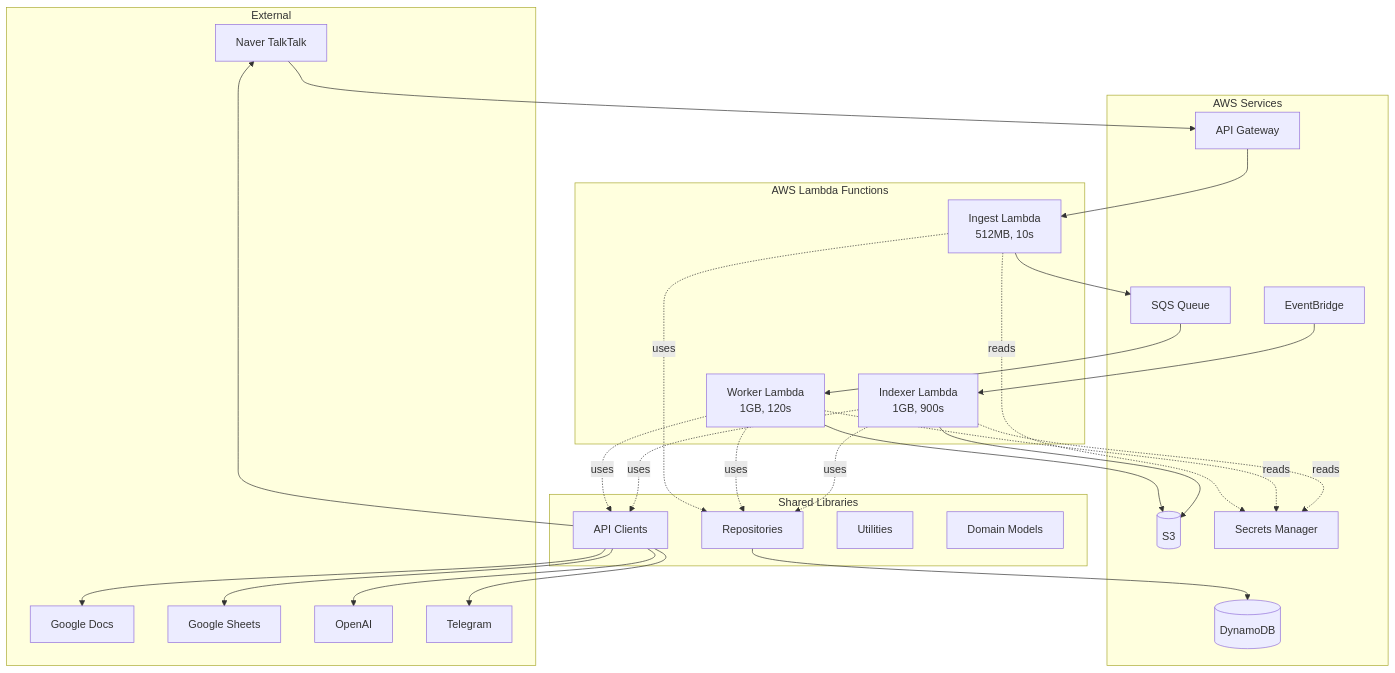
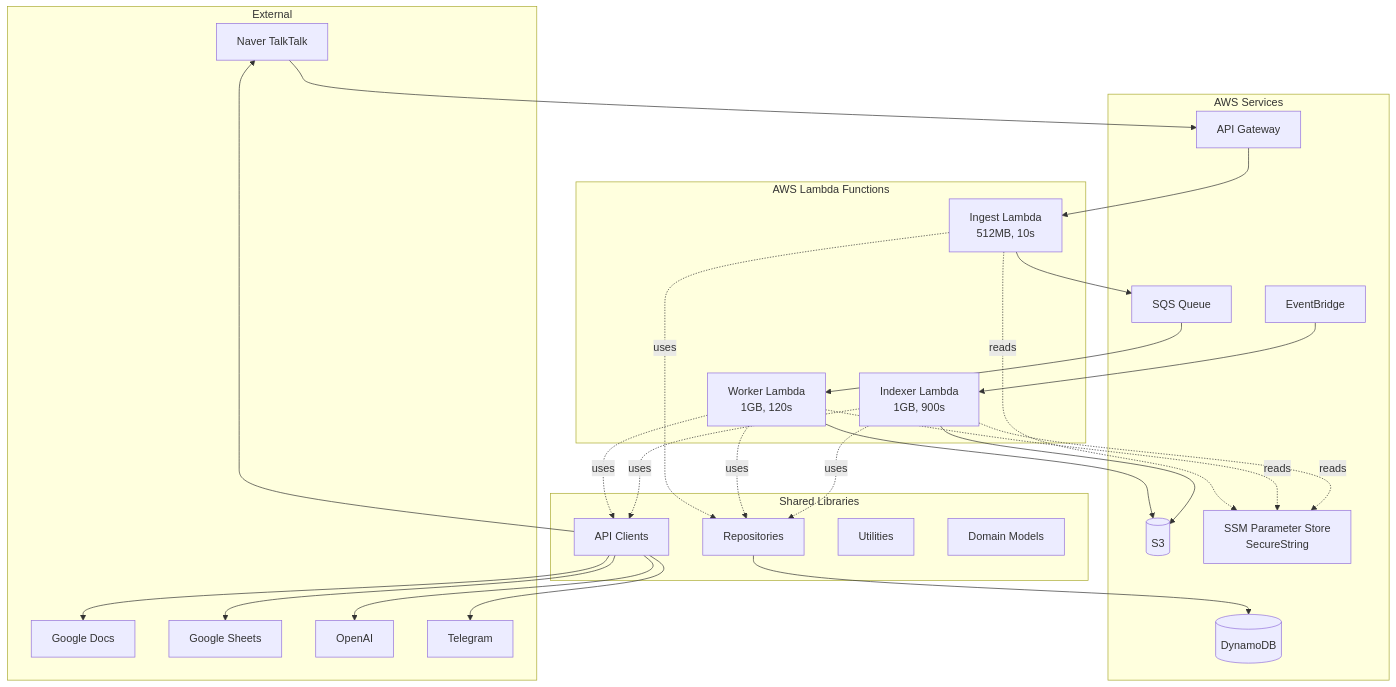
One commit to lsy9344/talktalk_auto changed the second of 6 diagrams in docs/architecture.md. Above: the diagram before and after it, drawn with Mermaid. The commit also changed other lines of this file and 55 other files, not shown here.

First line of the commit message:
Migrate secrets management to SSM Parameter Store

````diff
--- a/docs/architecture.md
+++ b/docs/architecture.md
@@ -938,58 +939,58 @@
 ```mermaid
 graph TB
     subgraph "External"
         TT[Naver TalkTalk]
         GD[Google Docs]
         GS[Google Sheets]
         OAI[OpenAI]
         TG[Telegram]
     end
 
     subgraph "AWS Lambda Functions"
         INGEST[Ingest Lambda<br/>512MB, 10s]
         WORKER[Worker Lambda<br/>1GB, 120s]
         INDEXER[Indexer Lambda<br/>1GB, 900s]
     end
 
     subgraph "Shared Libraries"
         REPO[Repositories]
         CLIENT[API Clients]
         UTILS[Utilities]
         MODEL[Domain Models]
     end
 
-    subgraph "AWS Services"
-        APIG[API Gateway]
-        SQS[SQS Queue]
-        DDB[(DynamoDB)]
-        S3[(S3)]
-        SM[Secrets Manager]
-        EB[EventBridge]
-    end
+	    subgraph "AWS Services"
+	        APIG[API Gateway]
+	        SQS[SQS Queue]
+	        DDB[(DynamoDB)]
+	        S3[(S3)]
+	        SSM[SSM Parameter Store<br/>SecureString]
+	        EB[EventBridge]
+	    end
 
     TT --> APIG
     APIG --> INGEST
     INGEST --> SQS
     SQS --> WORKER
     EB --> INDEXER
 
     INGEST -.uses.-> REPO
     WORKER -.uses.-> REPO
     WORKER -.uses.-> CLIENT
     INDEXER -.uses.-> REPO
     INDEXER -.uses.-> CLIENT
 
     REPO --> DDB
     CLIENT --> OAI
     CLIENT --> GD
     CLIENT --> GS
     CLIENT --> TT
     CLIENT --> TG
 
     WORKER --> S3
     INDEXER --> S3
 
-    INGEST -.reads.-> SM
-    WORKER -.reads.-> SM
-    INDEXER -.reads.-> SM
+	    INGEST -.reads.-> SSM
+	    WORKER -.reads.-> SSM
+	    INDEXER -.reads.-> SSM
 ```
````
